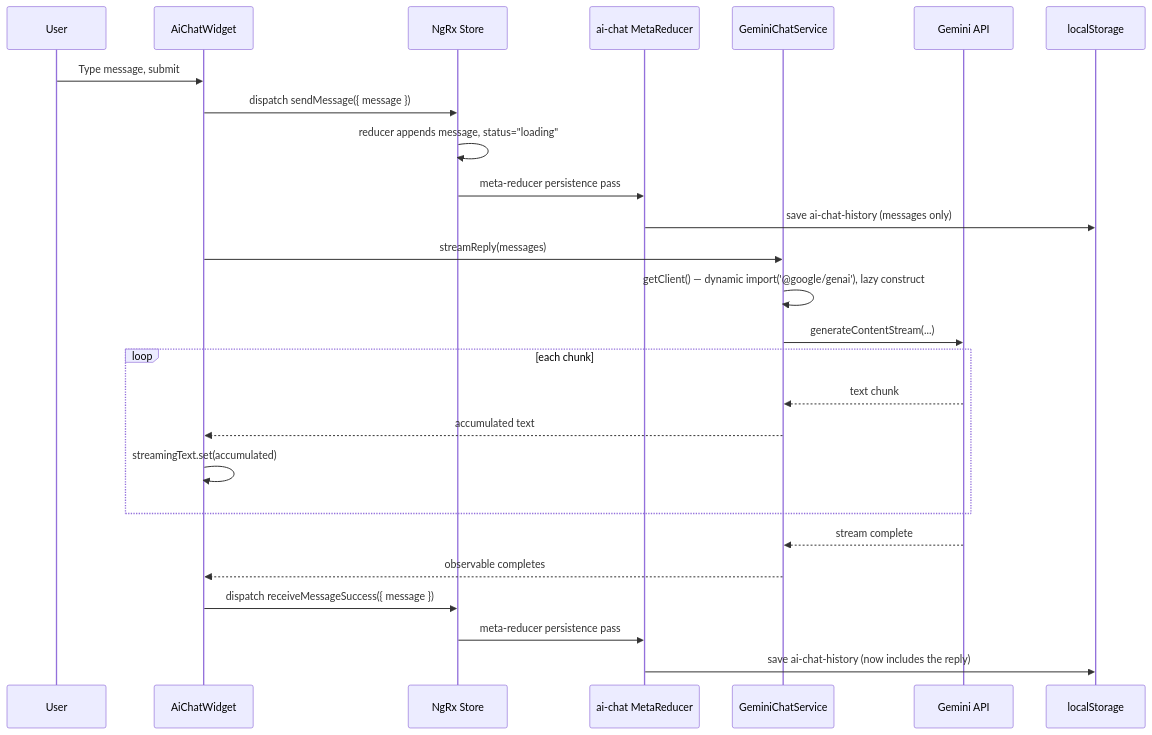
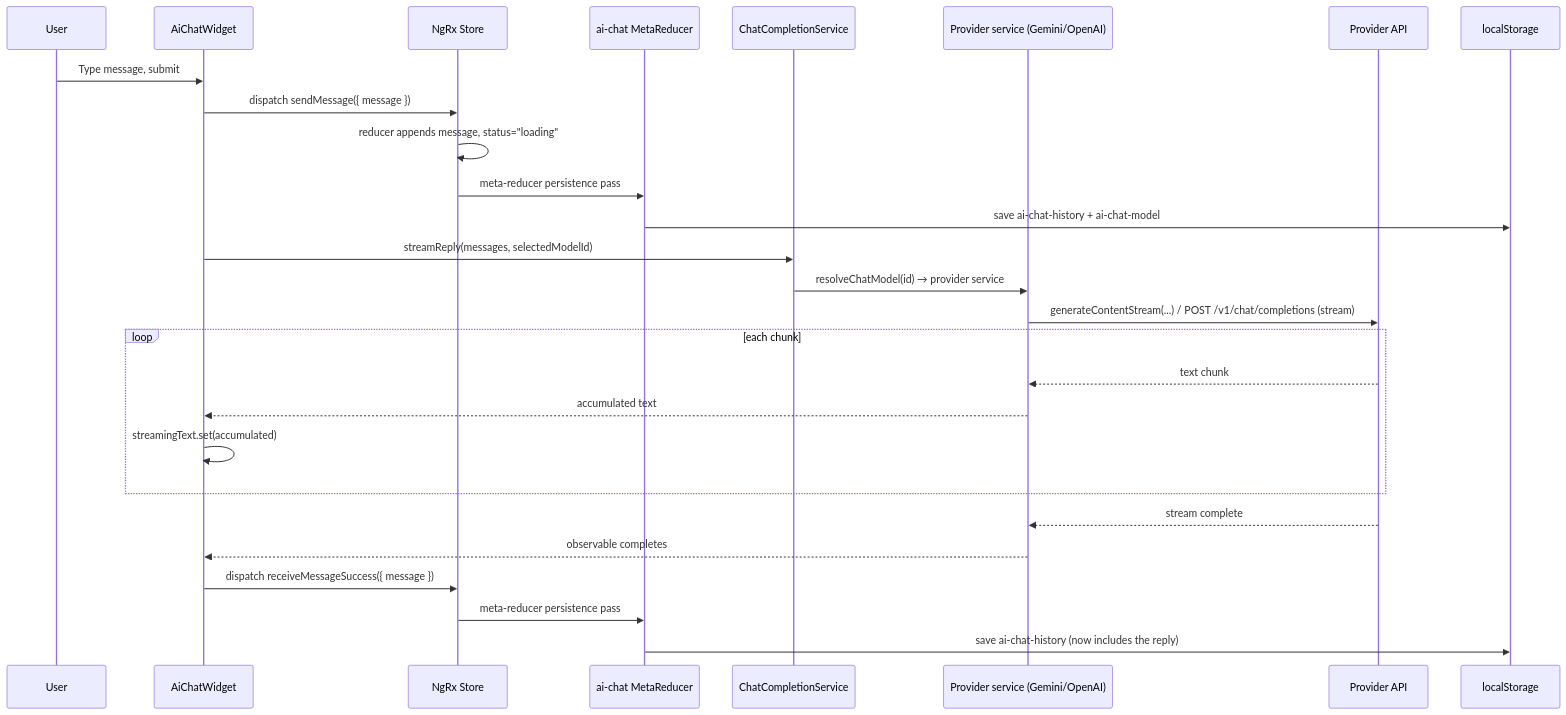
One commit to Hasanul-Banna/Angular-app changed the first of 2 diagrams in src/app/specs/ai-chat-widget.md. Above: the diagram before and after it, drawn with Mermaid. The commit also changed other lines of this file and 24 other files, not shown here.

First line of the commit message:
feat: add OpenAI integration and error handling to chat services

````diff
--- a/src/app/specs/ai-chat-widget.md
+++ b/src/app/specs/ai-chat-widget.md
@@ -269,29 +307,30 @@
 ```mermaid
 sequenceDiagram
 	participant U as User
 	participant C as AiChatWidget
 	participant ST as NgRx Store
 	participant MR as ai-chat MetaReducer
-	participant GS as GeminiChatService
-	participant G as Gemini API
+	participant CS as ChatCompletionService
+	participant GS as Provider service (Gemini/OpenAI)
+	participant G as Provider API
 	participant LS as localStorage
 
 	U->>C: Type message, submit
 	C->>ST: dispatch sendMessage({ message })
 	ST->>ST: reducer appends message, status="loading"
 	ST->>MR: meta-reducer persistence pass
-	MR->>LS: save ai-chat-history (messages only)
-	C->>GS: streamReply(messages)
-	GS->>GS: getClient() — dynamic import('@google/genai'), lazy construct
-	GS->>G: generateContentStream(...)
+	MR->>LS: save ai-chat-history + ai-chat-model
+	C->>CS: streamReply(messages, selectedModelId)
+	CS->>GS: resolveChatModel(id) → provider service
+	GS->>G: generateContentStream(...) / POST /v1/chat/completions (stream)
 	loop each chunk
 		G-->>GS: text chunk
 		GS-->>C: accumulated text
 		C->>C: streamingText.set(accumulated)
 	end
 	G-->>GS: stream complete
 	GS-->>C: observable completes
 	C->>ST: dispatch receiveMessageSuccess({ message })
 	ST->>MR: meta-reducer persistence pass
 	MR->>LS: save ai-chat-history (now includes the reply)
 ```
````
